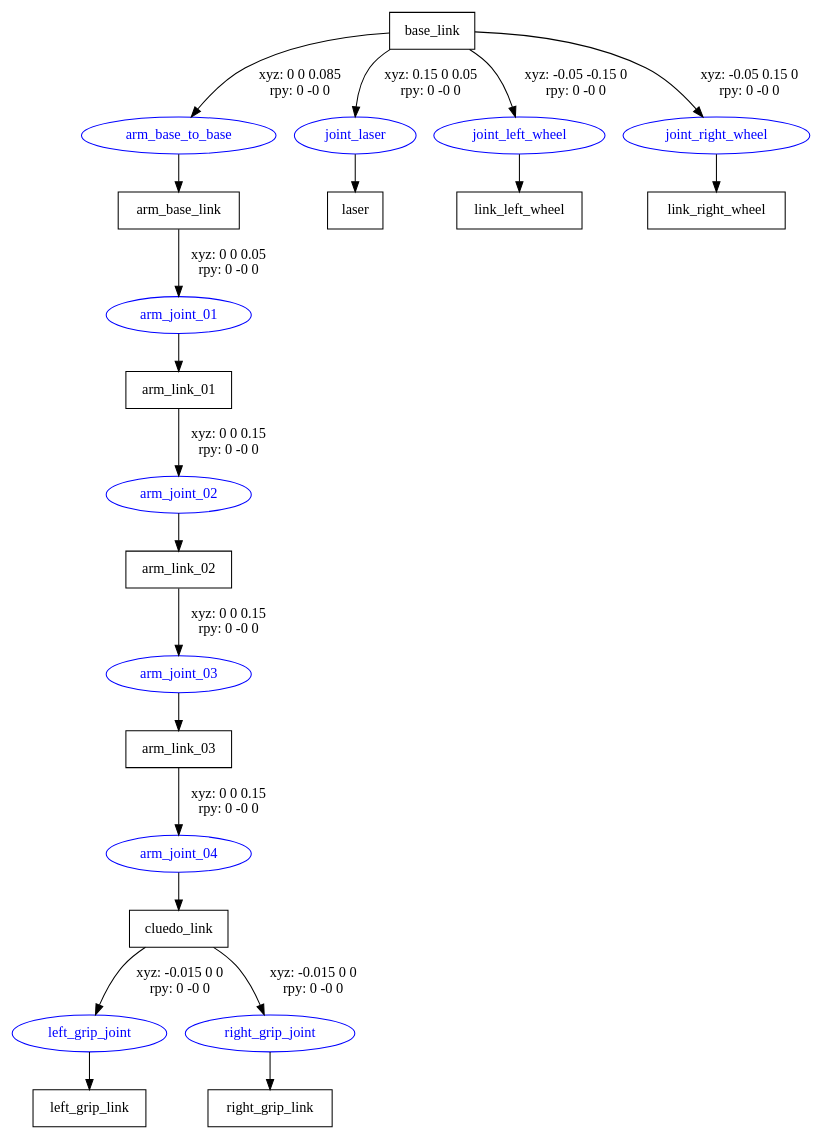
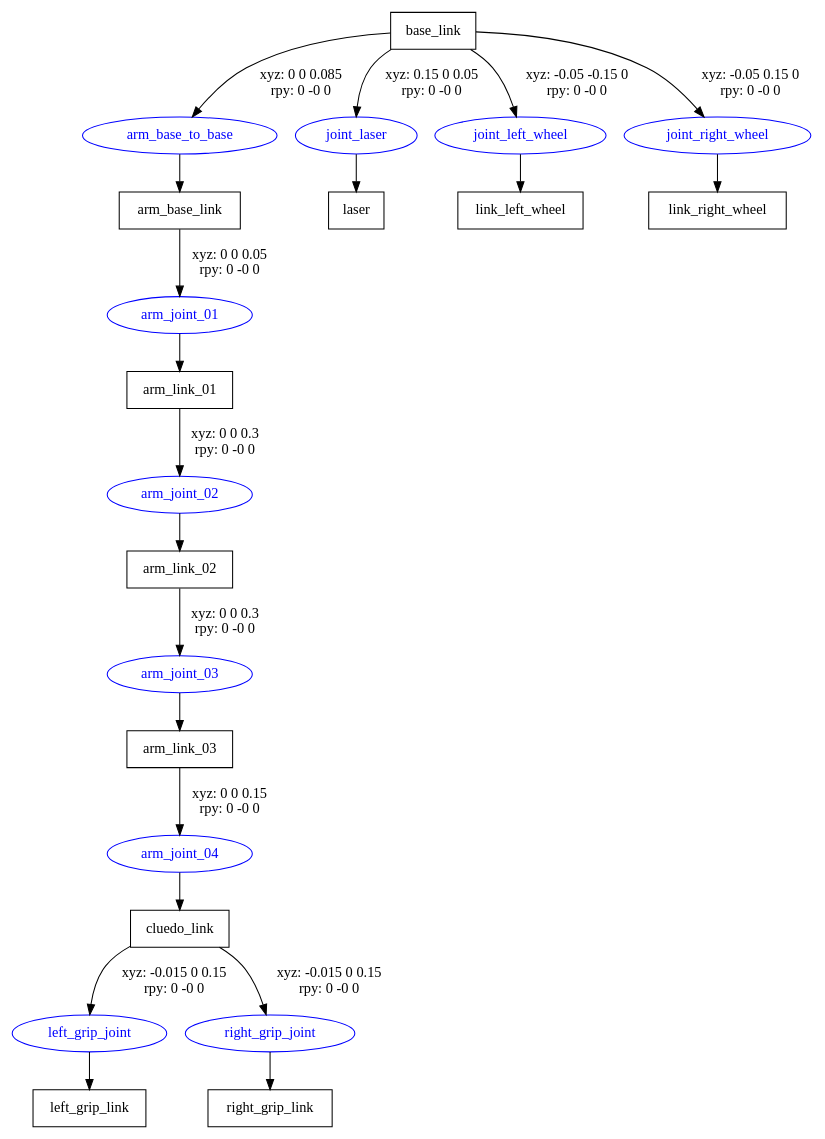
One commit to fedehub/explab_2nd changed the diagram in urdf/detectiBot.gv. Above: the diagram before and after it, drawn with Graphviz. The commit also changed 41 other files, not shown here.

```diff
--- a/urdf/detectiBot.gv
+++ b/urdf/detectiBot.gv
@@ -1,35 +1,35 @@
 digraph G {
 node [shape=box];
 "base_link" [label="base_link"];
 "arm_base_link" [label="arm_base_link"];
 "arm_link_01" [label="arm_link_01"];
 "arm_link_02" [label="arm_link_02"];
 "arm_link_03" [label="arm_link_03"];
 "cluedo_link" [label="cluedo_link"];
 "left_grip_link" [label="left_grip_link"];
 "right_grip_link" [label="right_grip_link"];
 "laser" [label="laser"];
 "link_left_wheel" [label="link_left_wheel"];
 "link_right_wheel" [label="link_right_wheel"];
 node [shape=ellipse, color=blue, fontcolor=blue];
 "base_link" -> "arm_base_to_base" [label="xyz: 0 0 0.085 \nrpy: 0 -0 0"]
 "arm_base_to_base" -> "arm_base_link"
 "arm_base_link" -> "arm_joint_01" [label="xyz: 0 0 0.05 \nrpy: 0 -0 0"]
 "arm_joint_01" -> "arm_link_01"
-"arm_link_01" -> "arm_joint_02" [label="xyz: 0 0 0.15 \nrpy: 0 -0 0"]
+"arm_link_01" -> "arm_joint_02" [label="xyz: 0 0 0.3 \nrpy: 0 -0 0"]
 "arm_joint_02" -> "arm_link_02"
-"arm_link_02" -> "arm_joint_03" [label="xyz: 0 0 0.15 \nrpy: 0 -0 0"]
+"arm_link_02" -> "arm_joint_03" [label="xyz: 0 0 0.3 \nrpy: 0 -0 0"]
 "arm_joint_03" -> "arm_link_03"
 "arm_link_03" -> "arm_joint_04" [label="xyz: 0 0 0.15 \nrpy: 0 -0 0"]
 "arm_joint_04" -> "cluedo_link"
-"cluedo_link" -> "left_grip_joint" [label="xyz: -0.015 0 0 \nrpy: 0 -0 0"]
+"cluedo_link" -> "left_grip_joint" [label="xyz: -0.015 0 0.15 \nrpy: 0 -0 0"]
 "left_grip_joint" -> "left_grip_link"
-"cluedo_link" -> "right_grip_joint" [label="xyz: -0.015 0 0 \nrpy: 0 -0 0"]
+"cluedo_link" -> "right_grip_joint" [label="xyz: -0.015 0 0.15 \nrpy: 0 -0 0"]
 "right_grip_joint" -> "right_grip_link"
 "base_link" -> "joint_laser" [label="xyz: 0.15 0 0.05 \nrpy: 0 -0 0"]
 "joint_laser" -> "laser"
 "base_link" -> "joint_left_wheel" [label="xyz: -0.05 -0.15 0 \nrpy: 0 -0 0"]
 "joint_left_wheel" -> "link_left_wheel"
 "base_link" -> "joint_right_wheel" [label="xyz: -0.05 0.15 0 \nrpy: 0 -0 0"]
 "joint_right_wheel" -> "link_right_wheel"
 }
```
